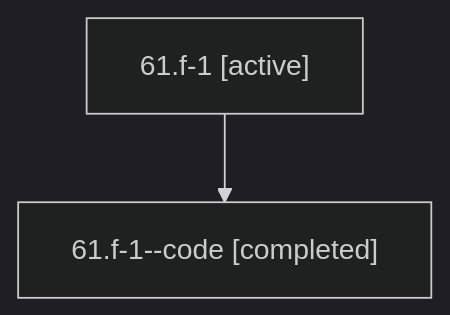
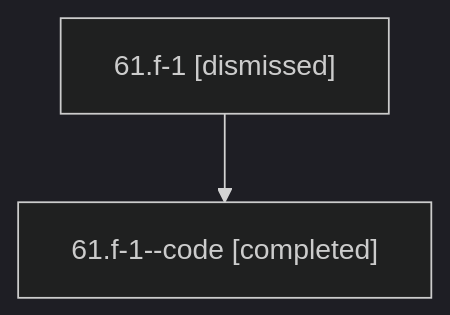
Before and after one commit to bobs-org/bob-cli--agents: the diagram in sessions/bbugyi200.athena.61.f-1.md, drawn with Mermaid (dark theme). The commit also changed other lines of this file and 18 other files, not shown here.

````diff
--- a/sessions/bbugyi200.athena.61.f-1.md
+++ b/sessions/bbugyi200.athena.61.f-1.md
@@ -9,6 +9,6 @@
 ```mermaid
 flowchart TD
-  n0["61.f-1 [active]"]
+  n0["61.f-1 [dismissed]"]
   n1["61.f-1--code [completed]"]
   n0 --> n1
 ```
````
